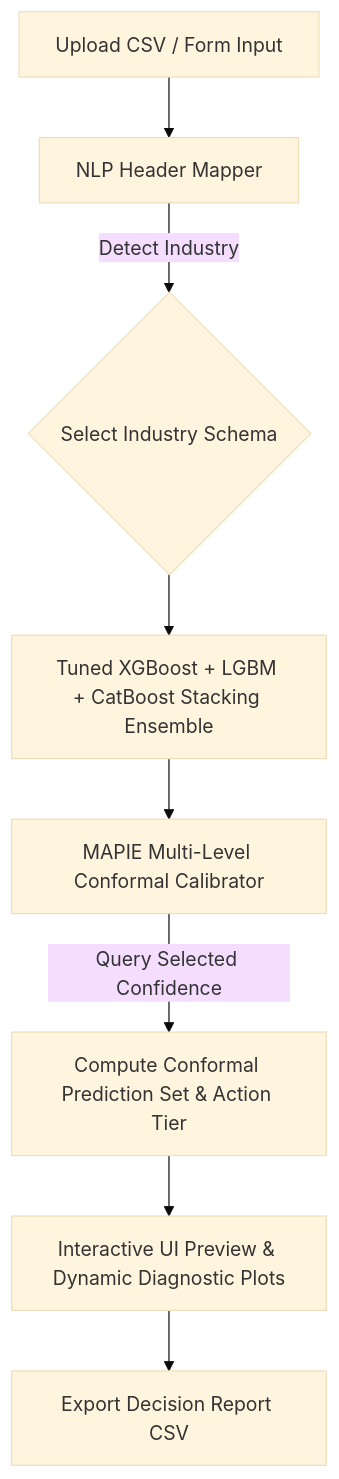
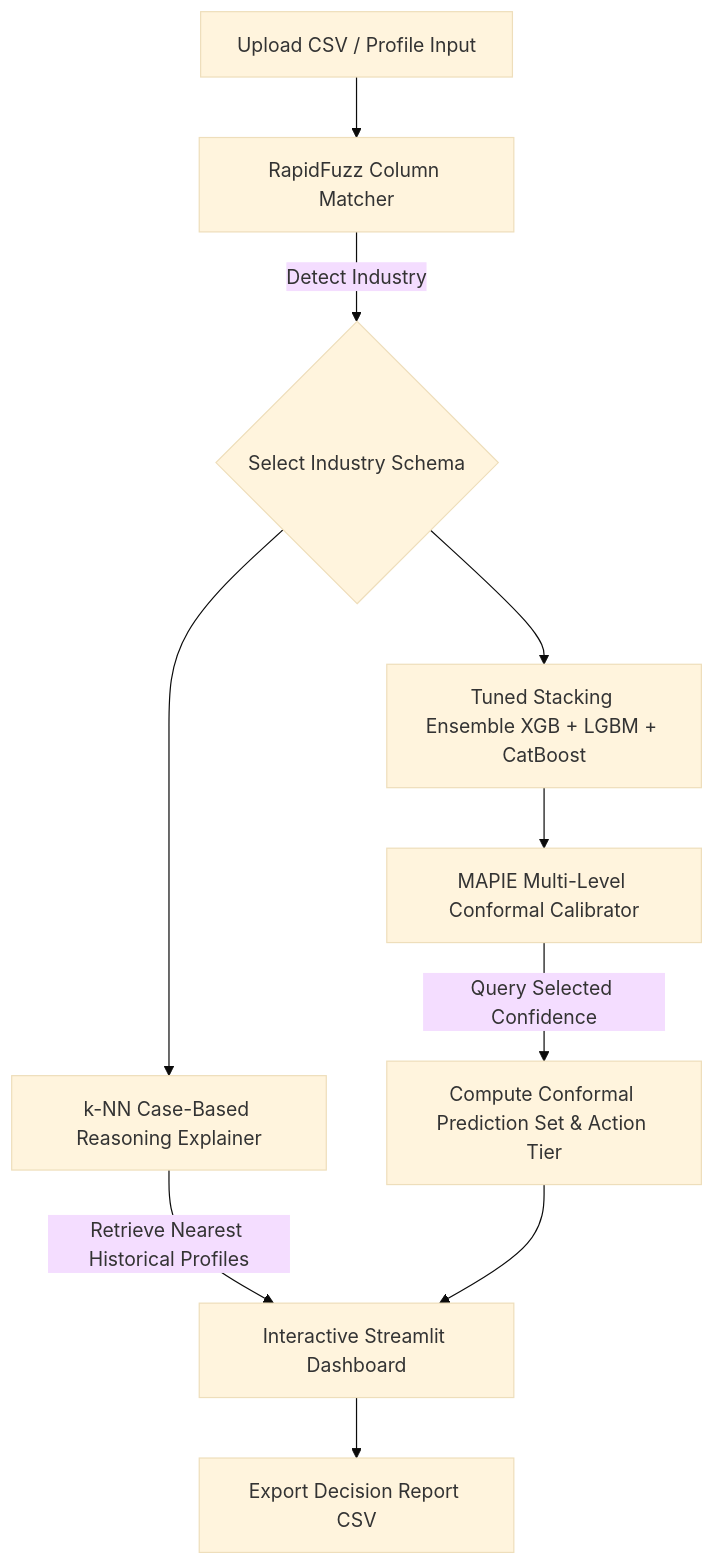
One commit to saranlab/LoyalScale changed the diagram in README.md. Above: the diagram before and after it, drawn with Mermaid (base theme). The commit also changed other lines of this file and 3 other files, not shown here.

Commit message:
feat(ui): add modern streamlit diagnostic dashboard adhering to 60-30-10 rule

````diff
--- a/README.md
+++ b/README.md
@@ -51,10 +27,12 @@
 ```mermaid
 graph TD
-    A[Upload CSV / Form Input] --> B[NLP Header Mapper]
+    A[Upload CSV / Profile Input] --> B[RapidFuzz Column Matcher]
     B -->|Detect Industry| C{Select Industry Schema}
-    C --> D[Tuned XGBoost + LGBM + CatBoost Stacking Ensemble]
+    C --> D[Tuned Stacking Ensemble XGB + LGBM + CatBoost]
     D --> F[MAPIE Multi-Level Conformal Calibrator]
     F -->|Query Selected Confidence| G[Compute Conformal Prediction Set & Action Tier]
-    G --> H[Interactive UI Preview & Dynamic Diagnostic Plots]
+    C --> K[k-NN Case-Based Reasoning Explainer]
+    K -->|Retrieve Nearest Historical Profiles| H[Interactive Streamlit Dashboard]
+    G --> H
     H --> I[Export Decision Report CSV]
 ```
````
